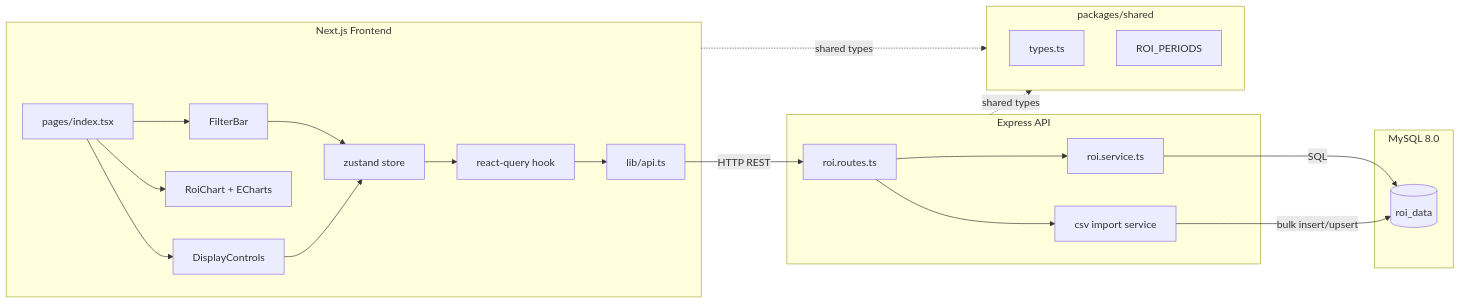
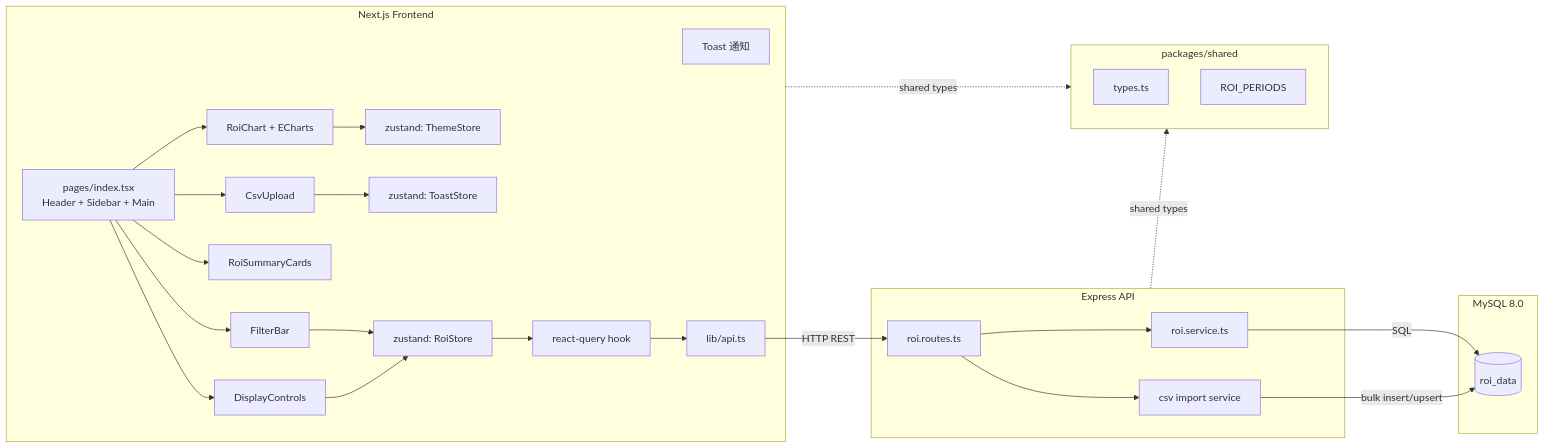
Before and after one commit to ccforeverd/demo-of-app-roi: the first of 4 diagrams in DESIGN.md, drawn with Mermaid. The commit also changed other lines of this file and 4 other files, not shown here.

````diff
--- a/DESIGN.md
+++ b/DESIGN.md
@@ -7,42 +7,51 @@
 ```mermaid
 flowchart LR
   subgraph FE[Next.js Frontend]
-    Page[pages/index.tsx]
+    Page[pages/index.tsx<br/>Header + Sidebar + Main]
     Filter[FilterBar]
     Controls[DisplayControls]
+    Upload[CsvUpload]
+    Summary[RoiSummaryCards]
     Chart[RoiChart + ECharts]
-    Store[zustand store]
+    Toast[Toast 通知]
+    RoiStore[zustand: RoiStore]
+    ThemeStore[zustand: ThemeStore]
+    ToastStore[zustand: ToastStore]
     Query[react-query hook]
     Client[lib/api.ts]
     Page --> Filter
     Page --> Controls
+    Page --> Upload
+    Page --> Summary
     Page --> Chart
-    Filter --> Store
-    Controls --> Store
-    Store --> Query
+    Filter --> RoiStore
+    Controls --> RoiStore
+    Upload --> ToastStore
+    Chart --> ThemeStore
+    RoiStore --> Query
     Query --> Client
   end
 
   subgraph BE[Express API]
     Router[roi.routes.ts]
     Service[roi.service.ts]
     Importer[csv import service]
     Router --> Service
     Router --> Importer
   end
 
   subgraph DB[MySQL 8.0]
     R[(roi_data)]
   end
 
   subgraph SHARED[packages/shared]
     Types[types.ts]
     Constants[ROI_PERIODS]
   end
 
   Client -->|HTTP REST| Router
   Service -->|SQL| R
   Importer -->|bulk insert/upsert| R
   FE -.shared types.-> SHARED
   BE -.shared types.-> SHARED
 ```
````
